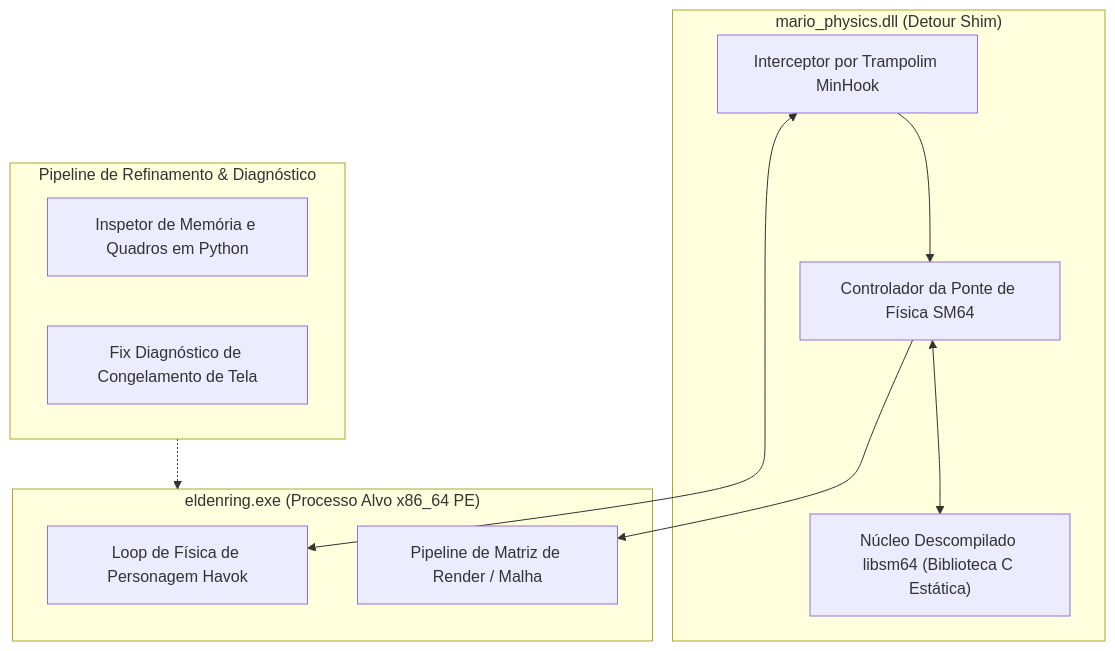
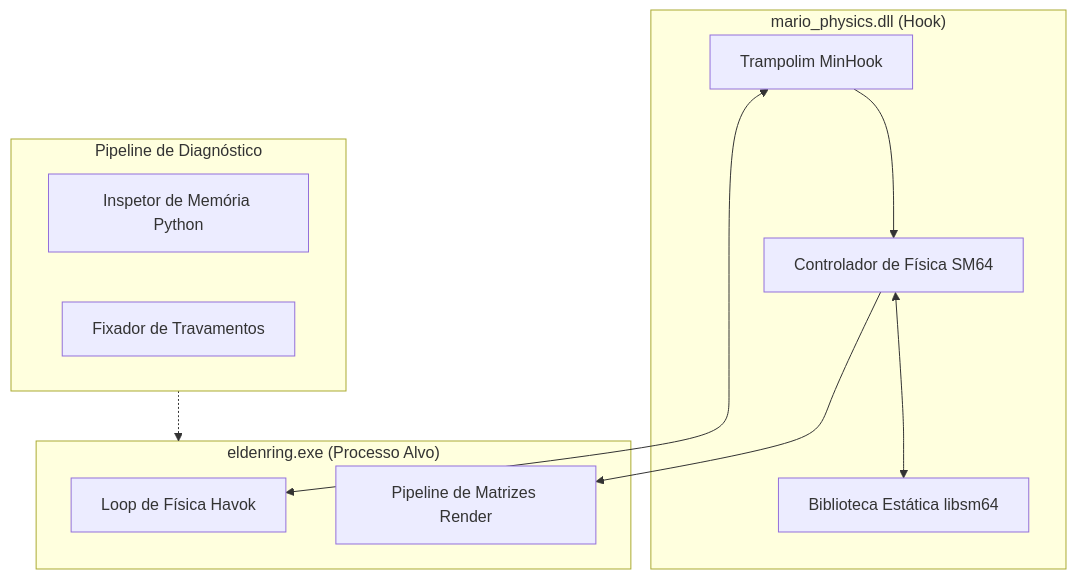
Before and after one commit to welzim19-star/mario-physics-hook: the diagram in README.pt-BR.md, drawn with Mermaid. The commit also changed 1 other file, not shown here.

Commit message:
fix(diagram): streamline Mermaid node labels to eliminate clipping

````diff
--- a/README.pt-BR.md
+++ b/README.pt-BR.md
@@ -22,25 +22,25 @@
 ```mermaid
 flowchart TD
-    subgraph PROCESS["eldenring.exe (Processo Alvo x86_64 PE)"]
-        Havok["Loop de Física de Personagem Havok"]
-        Render["Pipeline de Matriz de Render / Malha"]
+    subgraph PROCESS["eldenring.exe (Processo Alvo)"]
+        Havok["Loop de Física Havok"]
+        Render["Pipeline de Matrizes Render"]
     end
 
-    subgraph INJECTED_DLL["mario_physics.dll (Detour Shim)"]
-        MinHook["Interceptor por Trampolim MinHook"]
-        Bridge["Controlador da Ponte de Física SM64"]
-        SM64["Núcleo Descompilado libsm64 (Biblioteca C Estática)"]
+    subgraph INJECTED_DLL["mario_physics.dll (Hook)"]
+        MinHook["Trampolim MinHook"]
+        Bridge["Controlador de Física SM64"]
+        SM64["Biblioteca Estática libsm64"]
         
         MinHook <--> Havok
         MinHook --> Bridge
         Bridge <--> SM64
         Bridge --> Render
     end
 
-    subgraph SCRIPTS["Pipeline de Refinamento & Diagnóstico"]
-        PyCapture["Inspetor de Memória e Quadros em Python"]
-        PyFreezeFix["Fix Diagnóstico de Congelamento de Tela"]
+    subgraph SCRIPTS["Pipeline de Diagnóstico"]
+        PyCapture["Inspetor de Memória Python"]
+        PyFreezeFix["Fixador de Travamentos"]
     end
 
     SCRIPTS -.-> PROCESS
 ```
````
